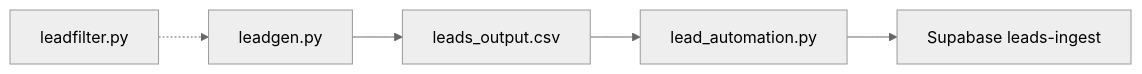
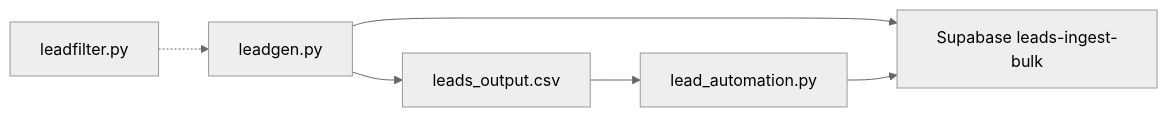
One commit to StaticxViper/cjm-dev changed the diagram in documentation/scripts/leadgen.md. Above: the diagram before and after it, drawn with Mermaid (neutral theme). The commit also changed other lines of this file and 2 other files, not shown here.

Commit message:
Added CLI menu for leadgen.py

````diff
--- a/documentation/scripts/leadgen.md
+++ b/documentation/scripts/leadgen.md
@@ -61,7 +102,8 @@
 ```mermaid
 flowchart LR
   leadgen[leadgen.py] --> csv[leads_output.csv]
+  leadgen --> supabase[Supabase leads-ingest-bulk]
   csv --> ingest[lead_automation.py]
-  ingest --> supabase[Supabase leads-ingest]
+  ingest --> supabase
   leadfilter[leadfilter.py] -.-> leadgen
 ```
````
